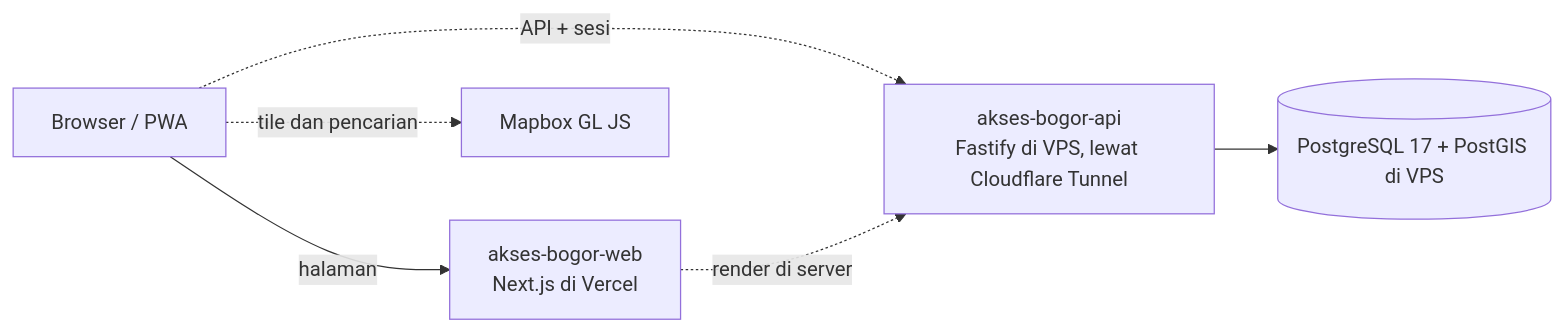
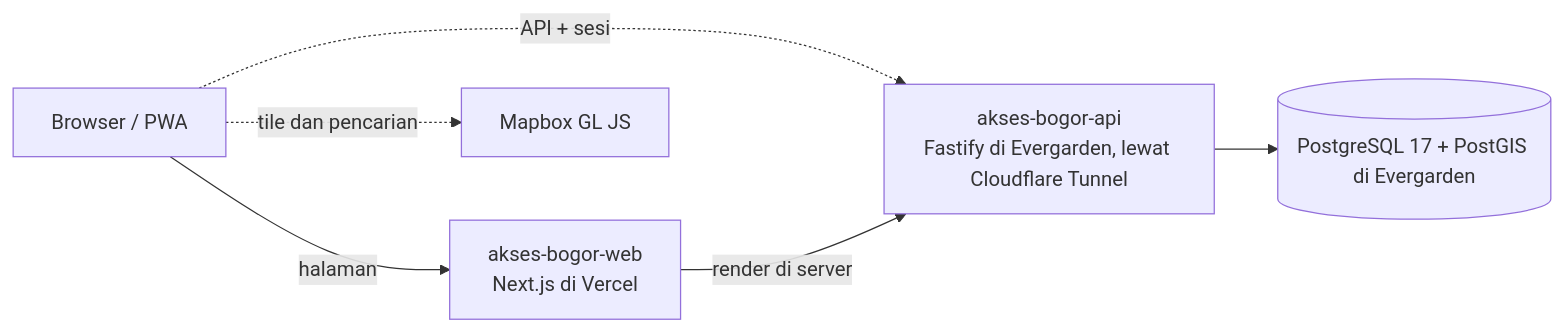
Before and after one commit to al-dioooo/akses-bogor-web: the diagram in docs/arsitektur.md, drawn with Mermaid. The commit also changed other lines of this file and 2 other files, not shown here.

Commit message:
chore(deploy): prepare the vercel project and drop the redeploy workflow (#21) (#22)
* chore(ci): remove the vercel redeploy workflow

* docs(readme): document the vercel project settings and env vars

* docs(arsitektur): show the api on evergarden and the live server-side calls

````diff
--- a/docs/arsitektur.md
+++ b/docs/arsitektur.md
@@ -5,8 +5,8 @@
 ```mermaid
 flowchart LR
   B[Browser / PWA] -->|halaman| W[akses-bogor-web<br/>Next.js di Vercel]
-  B -.->|API + sesi| F[akses-bogor-api<br/>Fastify di VPS, lewat Cloudflare Tunnel]
-  W -.->|render di server| F
+  B -.->|API + sesi| F[akses-bogor-api<br/>Fastify di Evergarden, lewat Cloudflare Tunnel]
+  W -->|render di server| F
   B -.->|tile dan pencarian| M[Mapbox GL JS]
-  F --> DB[(PostgreSQL 17 + PostGIS di VPS)]
+  F --> DB[(PostgreSQL 17 + PostGIS di Evergarden)]
 ```
````
